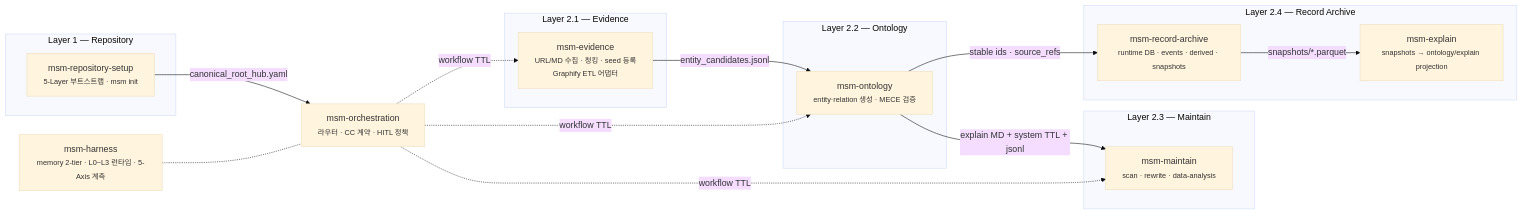
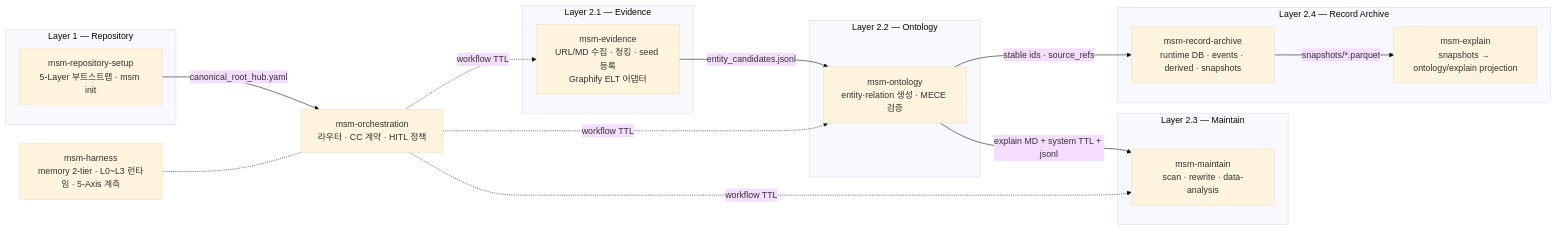
The second of 2 diagrams in README.md (WMJOON/markdown-scaffolding-multihop), drawn with Mermaid (base theme) before and after one commit. The commit also changed other lines of this file and 32 other files, not shown here.

````diff
--- a/README.md
+++ b/README.md
@@ -125,32 +274,32 @@
 ```mermaid
 flowchart LR
-    ORCH["msm-orchestration<br/><small>라우터 · CC 계약 · HITL 정책</small>"]
-    HRN["msm-harness<br/><small>memory 2-tier · L0~L3 런타임 · 5-Axis 계측</small>"]
+    ORCH["msm-orchestration<br/>라우터 · CC 계약 · HITL 정책"]
+    HRN["msm-harness<br/>memory 2-tier · L0~L3 런타임 · 5-Axis 계측"]
 
     subgraph evidence["Layer 2.1 — Evidence"]
-        ev["msm-evidence<br/><small>URL/MD 수집 · 청킹 · seed 등록<br/>Graphify ETL 어댑터</small>"]
+        ev["msm-evidence<br/>URL/MD 수집 · 청킹 · seed 등록<br/>Graphify ELT 어댑터"]
     end
     subgraph ontology["Layer 2.2 — Ontology"]
-        ont["msm-ontology<br/><small>entity·relation 생성 · MECE 검증</small>"]
+        ont["msm-ontology<br/>entity·relation 생성 · MECE 검증"]
     end
     subgraph maintain["Layer 2.3 — Maintain"]
-        mnt["msm-maintain<br/><small>scan · rewrite · data-analysis</small>"]
+        mnt["msm-maintain<br/>scan · rewrite · data-analysis"]
     end
     subgraph record["Layer 2.4 — Record Archive"]
-        rec["msm-record-archive<br/><small>runtime DB · events · derived · snapshots</small>"]
-        exp["msm-explain<br/><small>snapshots → ontology/explain projection</small>"]
+        rec["msm-record-archive<br/>runtime DB · events · derived · snapshots"]
+        exp["msm-explain<br/>snapshots → ontology/explain projection"]
     end
     subgraph setup["Layer 1 — Repository"]
-        rs["msm-repository-setup<br/><small>5-Layer 부트스트랩 · msm init</small>"]
+        rs["msm-repository-setup<br/>5-Layer 부트스트랩 · msm init"]
     end
 
     ORCH -.->|workflow TTL| ev
     ORCH -.->|workflow TTL| ont
     ORCH -.->|workflow TTL| mnt
     HRN -.- ORCH
     ev -- "entity_candidates.jsonl" --> ont
     ont -- "explain MD + system TTL + jsonl" --> mnt
     ont -- "stable ids · source_refs" --> rec
     rec -- "snapshots/*.parquet" --> exp
     rs -- "canonical_root_hub.yaml" --> ORCH
 ```
````
